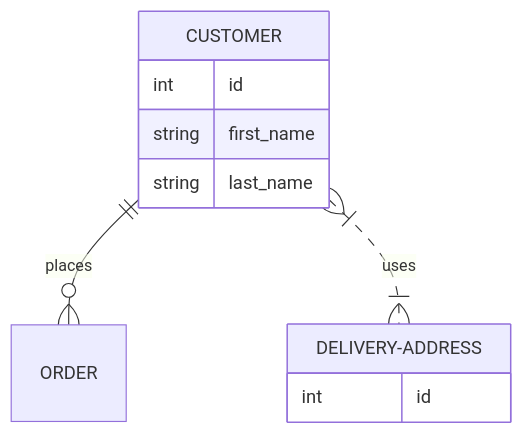
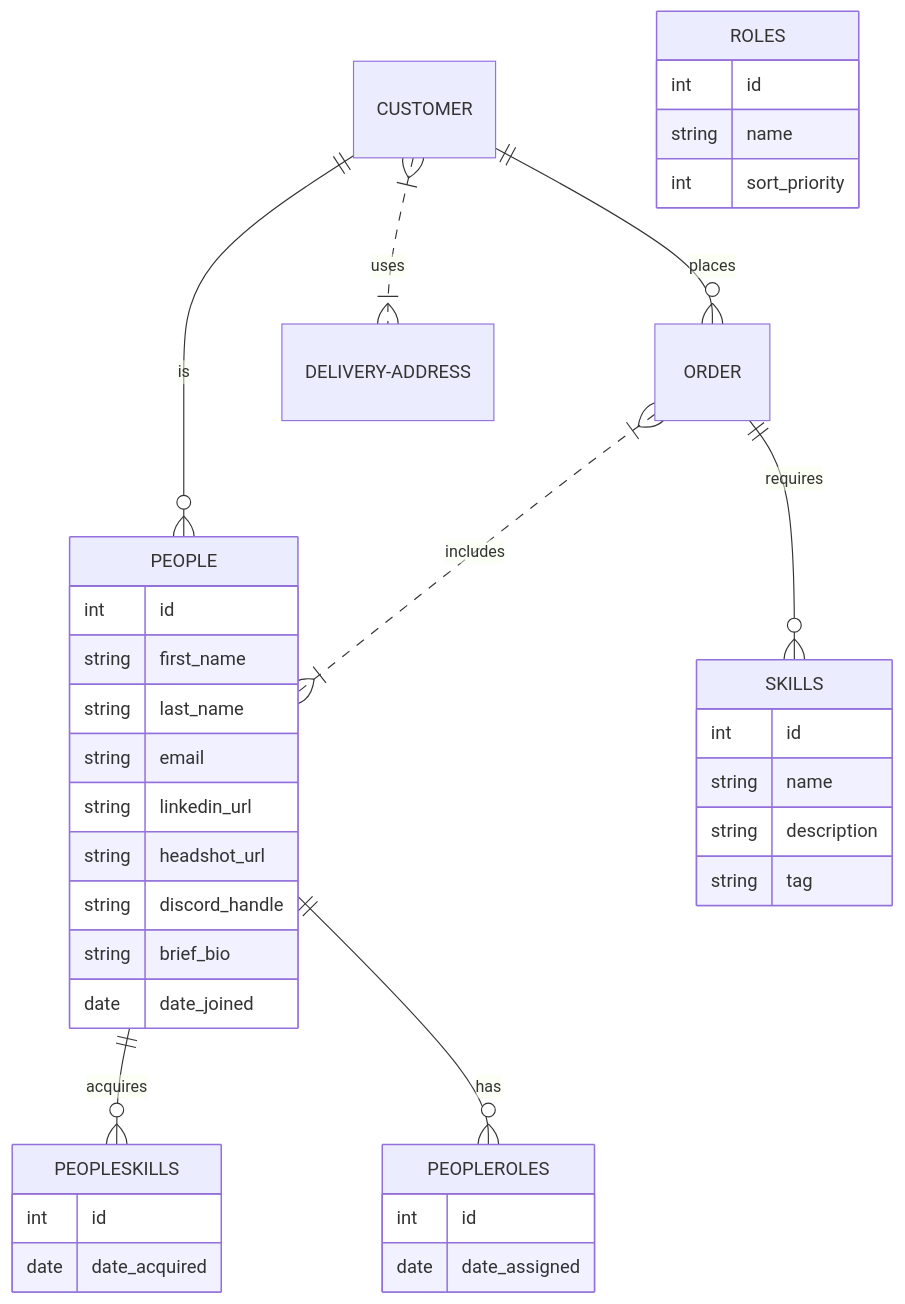
One commit to cmsc-vcu/cmsc508-fa2023-hw7-Shikriti changed the diagram in hw7/hw7.qmd. Above: the diagram before and after it, drawn with Mermaid. The commit also changed 2 other files, not shown here.

Commit message:
final final commit

````diff
--- a/hw7/hw7.qmd
+++ b/hw7/hw7.qmd
@@ -100,14 +100,41 @@
 ```{mermaid}
 %%| echo: false
 erDiagram
     CUSTOMER ||--o{ ORDER : places
     CUSTOMER }|..|{ DELIVERY-ADDRESS : uses
-    CUSTOMER{
+    CUSTOMER ||--o{ PEOPLE : is
+    ORDER }|..|{ PEOPLE : includes
+    ORDER ||--o{ SKILLS : requires
+    PEOPLE ||--o{ PEOPLESKILLS : acquires
+    PEOPLE ||--o{ PEOPLEROLES : has
+    SKILLS {
+        int id
+        string name
+        string description
+        string tag
+    }
+    PEOPLE{
         int id
         string first_name
         string last_name
+        string email
+        string linkedin_url
+        string headshot_url
+        string discord_handle
+        string brief_bio
+        date date_joined
     }
-    DELIVERY-ADDRESS {
+    PEOPLESKILLS{
         int id
+        date date_acquired
+    }
+    ROLES{
+        int id
+        string name
+        int sort_priority
+    }
+    PEOPLEROLES{
+        int id
+        date date_assigned
     }
 ```
````
